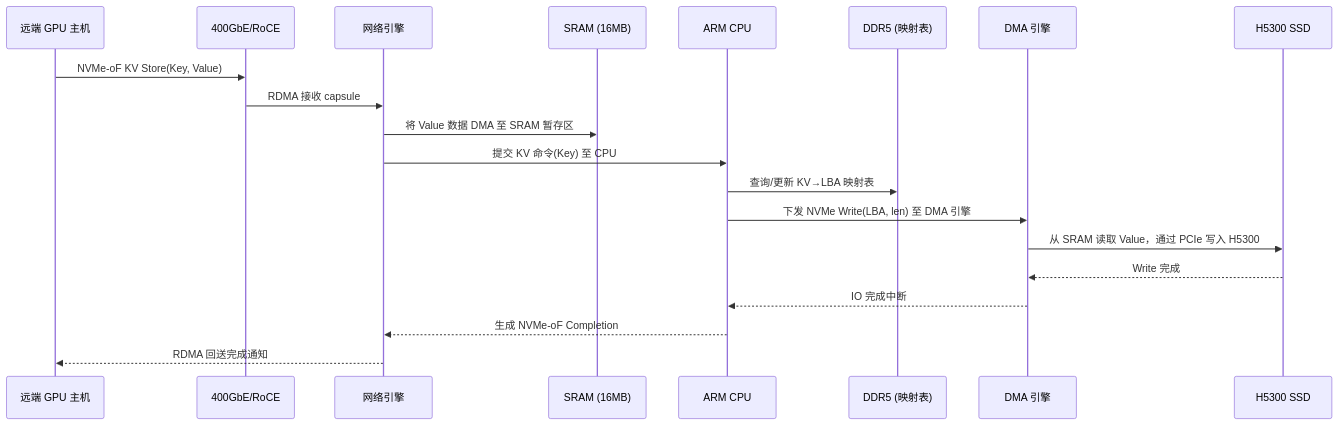
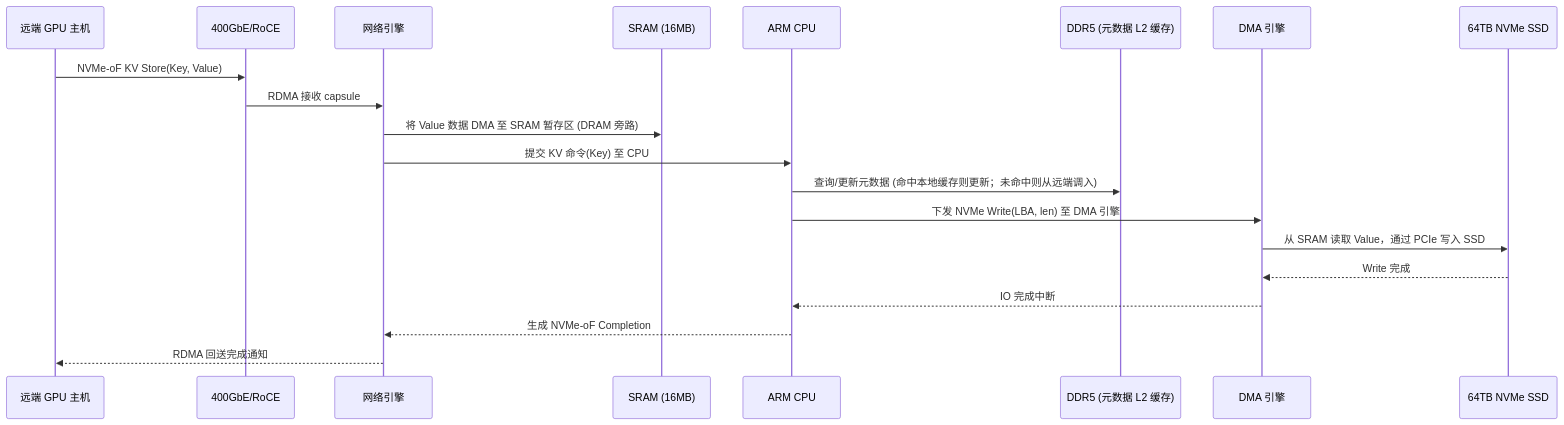
One commit to tylerqi/dpu-design changed the second of 3 diagrams in ai-kv-dpu-design.md. Above: the diagram before and after it, drawn with Mermaid. The commit also changed other lines of this file, not shown here.

````diff
--- a/ai-kv-dpu-design.md
+++ b/ai-kv-dpu-design.md
@@ -56,22 +72,23 @@
 ```mermaid
 sequenceDiagram
     participant Host as 远端 GPU 主机
     participant ETH as 400GbE/RoCE
     participant NET as 网络引擎
     participant SRAM as SRAM (16MB)
     participant CPU as ARM CPU
-    participant DRAM as DDR5 (映射表)
+    participant DRAM as DDR5 (元数据 L2 缓存)
     participant DMA as DMA 引擎
-    participant SSD as H5300 SSD
+    participant SSD as 64TB NVMe SSD
+
     Host->>ETH: NVMe-oF KV Store(Key, Value)
     ETH->>NET: RDMA 接收 capsule
-    NET->>SRAM: 将 Value 数据 DMA 至 SRAM 暂存区
+    NET->>SRAM: 将 Value 数据 DMA 至 SRAM 暂存区 (DRAM 旁路)
     NET->>CPU: 提交 KV 命令(Key) 至 CPU
-    CPU->>DRAM: 查询/更新 KV→LBA 映射表
+    CPU->>DRAM: 查询/更新元数据 (命中本地缓存则更新；未命中则从远端调入)
     CPU->>DMA: 下发 NVMe Write(LBA, len) 至 DMA 引擎
-    DMA->>SSD: 从 SRAM 读取 Value，通过 PCIe 写入 H5300
+    DMA->>SSD: 从 SRAM 读取 Value，通过 PCIe 写入 SSD
     SSD-->>DMA: Write 完成
     DMA-->>CPU: IO 完成中断
     CPU-->>NET: 生成 NVMe-oF Completion
     NET-->>Host: RDMA 回送完成通知
 ```
````
